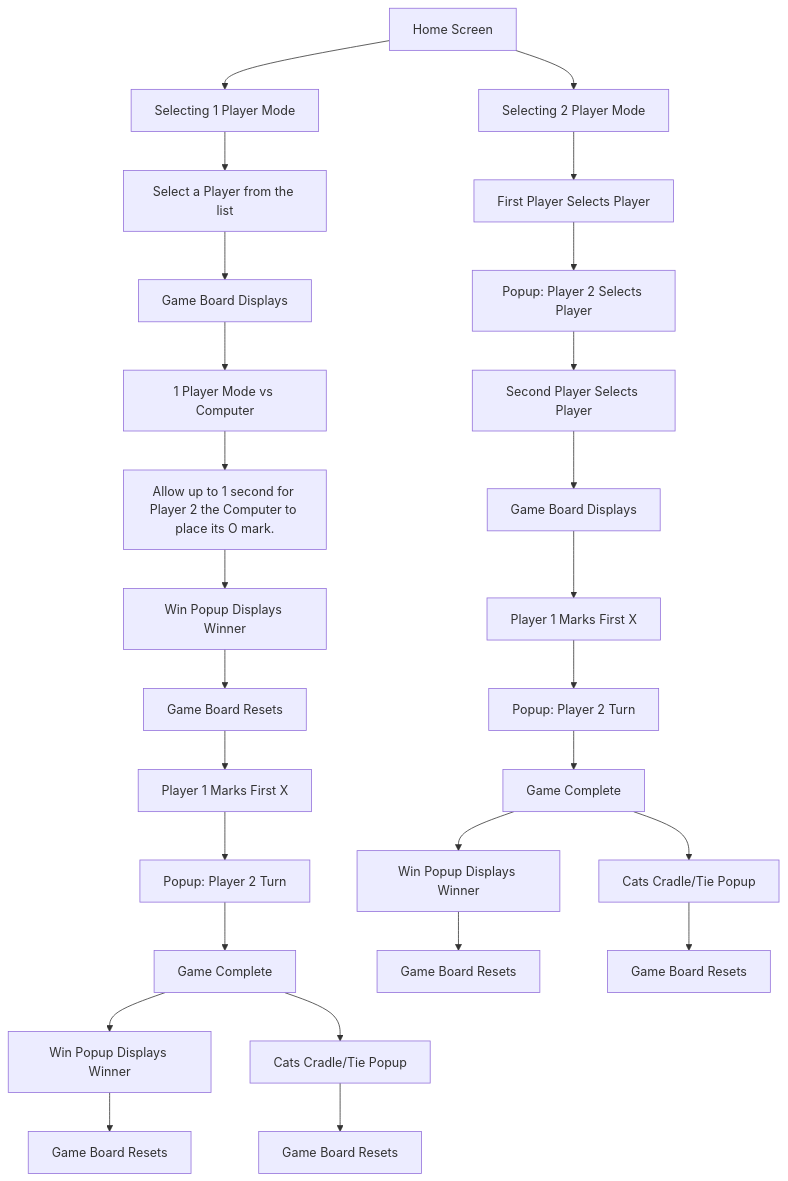
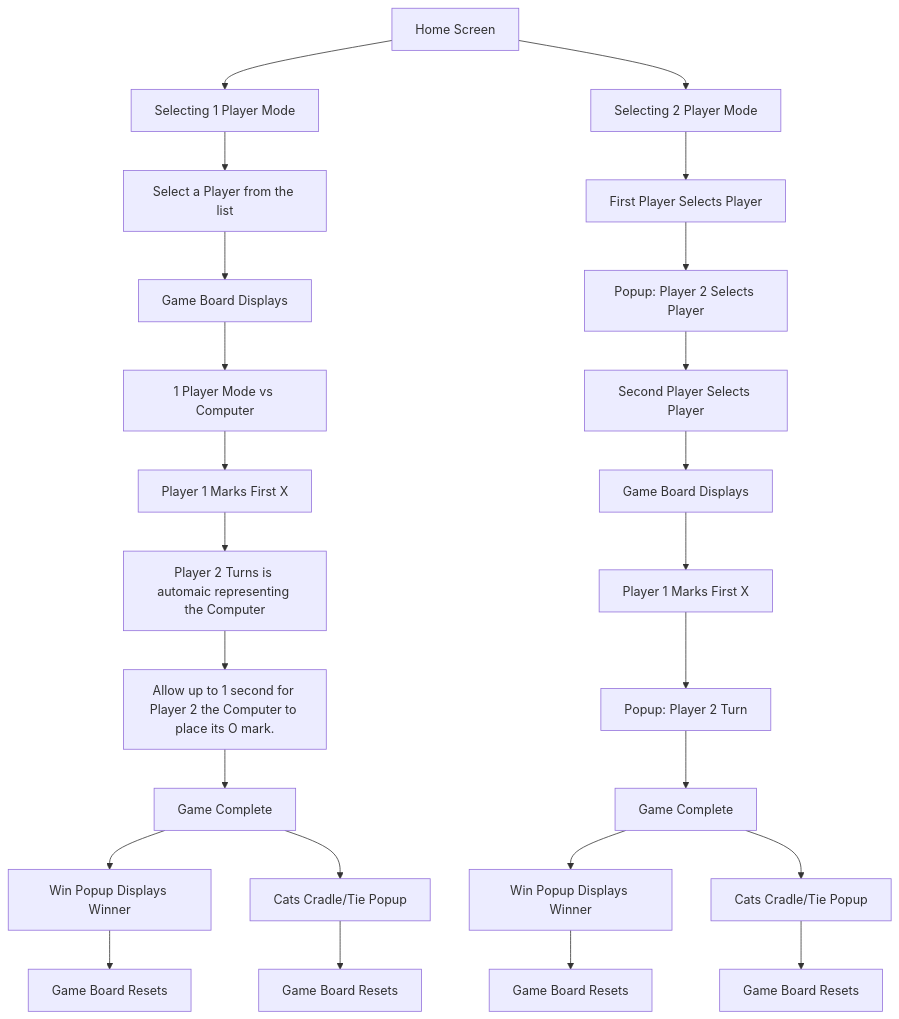
The second of 2 diagrams in README.md (jfprogramming/tic-tac-toe), drawn with Mermaid before and after one commit.

````diff
--- a/README.md
+++ b/README.md
@@ -59,30 +59,28 @@
 ```mermaid
 graph TD
     A[Home Screen] --> B[Selecting 1 Player Mode]
     B --> C[Select a Player from the list]
     C --> D[Game Board Displays]
     D --> E[1 Player Mode vs Computer]
-    E --> F[Allow up to 1 second for Player 2 the Computer to place its O mark.]
-    F --> G[Win Popup Displays Winner]
-    G --> H[Game Board Resets]
-    H --> I[Player 1 Marks First X]
-    I --> J[Popup: Player 2 Turn]
-    J --> K[Game Complete]
-    K --> L[Win Popup Displays Winner]
-    K --> M[Cats Cradle/Tie Popup]
-    L --> N[Game Board Resets]
-    M --> O[Game Board Resets]
+    E --> F[Player 1 Marks First X]
+    F --> G[Player 2 Turns is automaic representing the Computer]
+    G --> H[Allow up to 1 second for Player 2 the Computer to place its O mark.]
+    H --> I[Game Complete]
+    I --> J[Win Popup Displays Winner]
+    I --> K[Cats Cradle/Tie Popup]
+    K --> L[Game Board Resets]
+    J --> M[Game Board Resets]
 
     A --> P[Selecting 2 Player Mode]
     P --> Q[First Player Selects Player]
     Q --> R[Popup: Player 2 Selects Player]
     R --> S[Second Player Selects Player]
     S --> T[Game Board Displays]
     T --> U[Player 1 Marks First X]
     U --> V[Popup: Player 2 Turn]
     V --> W[Game Complete]
     W --> X[Win Popup Displays Winner]
     W --> Y[Cats Cradle/Tie Popup]
     X --> Z[Game Board Resets]
     Y --> AA[Game Board Resets]
 ```
````
